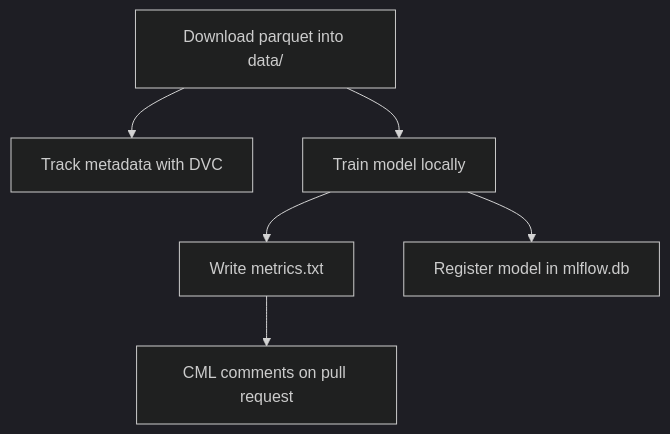
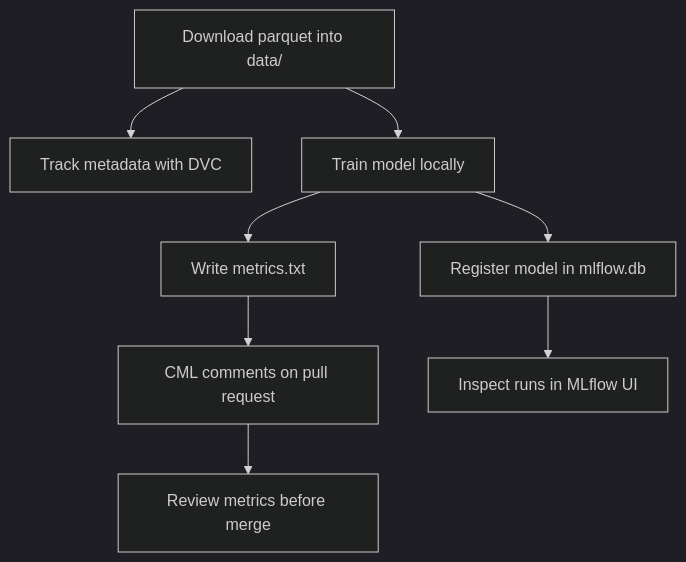
The second of 2 diagrams in README.md (bootcampyoussef/mle-github-actions-and-cicd), drawn with Mermaid (dark theme) before and after one commit. The commit also changed other lines of this file and 2 other files, not shown here.

Commit message:
docs: add MLflow and CI review lessons

````diff
--- a/README.md
+++ b/README.md
@@ -29,8 +32,10 @@
 ```mermaid
 flowchart TD
     A["Download parquet into data/"] --> B["Track metadata with DVC"]
     A --> C["Train model locally"]
     C --> D["Write metrics.txt"]
     C --> E["Register model in mlflow.db"]
     D --> F["CML comments on pull request"]
+    E --> G["Inspect runs in MLflow UI"]
+    F --> H["Review metrics before merge"]
 ```
````
